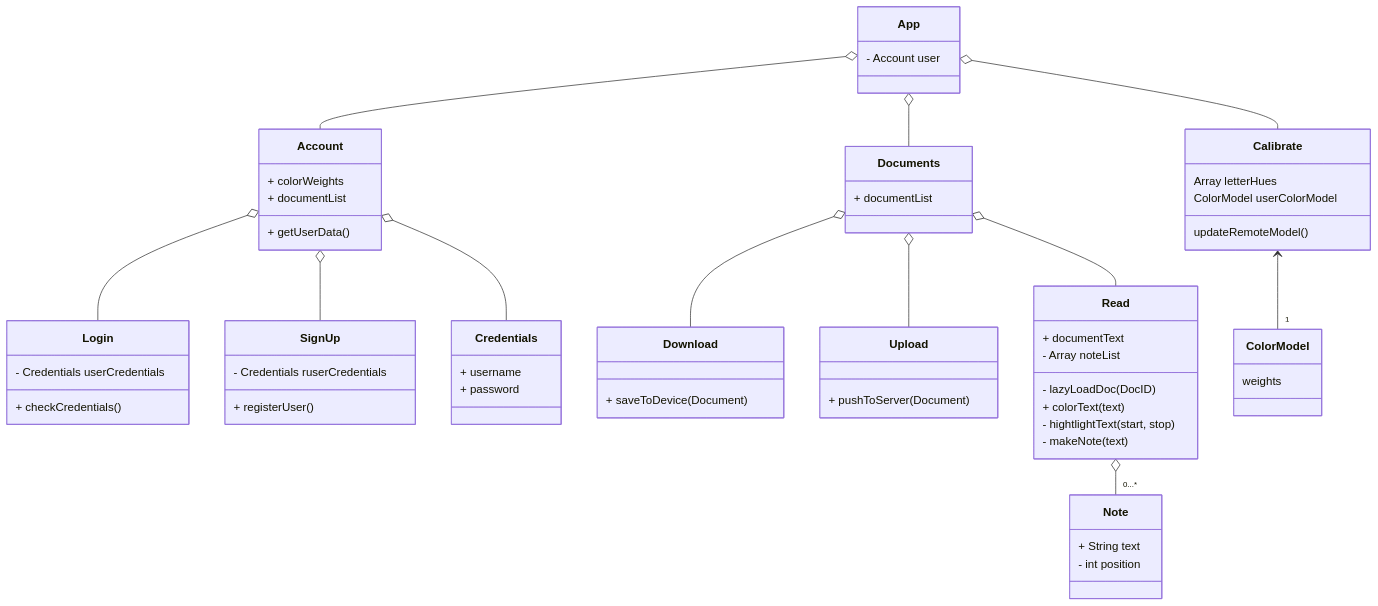
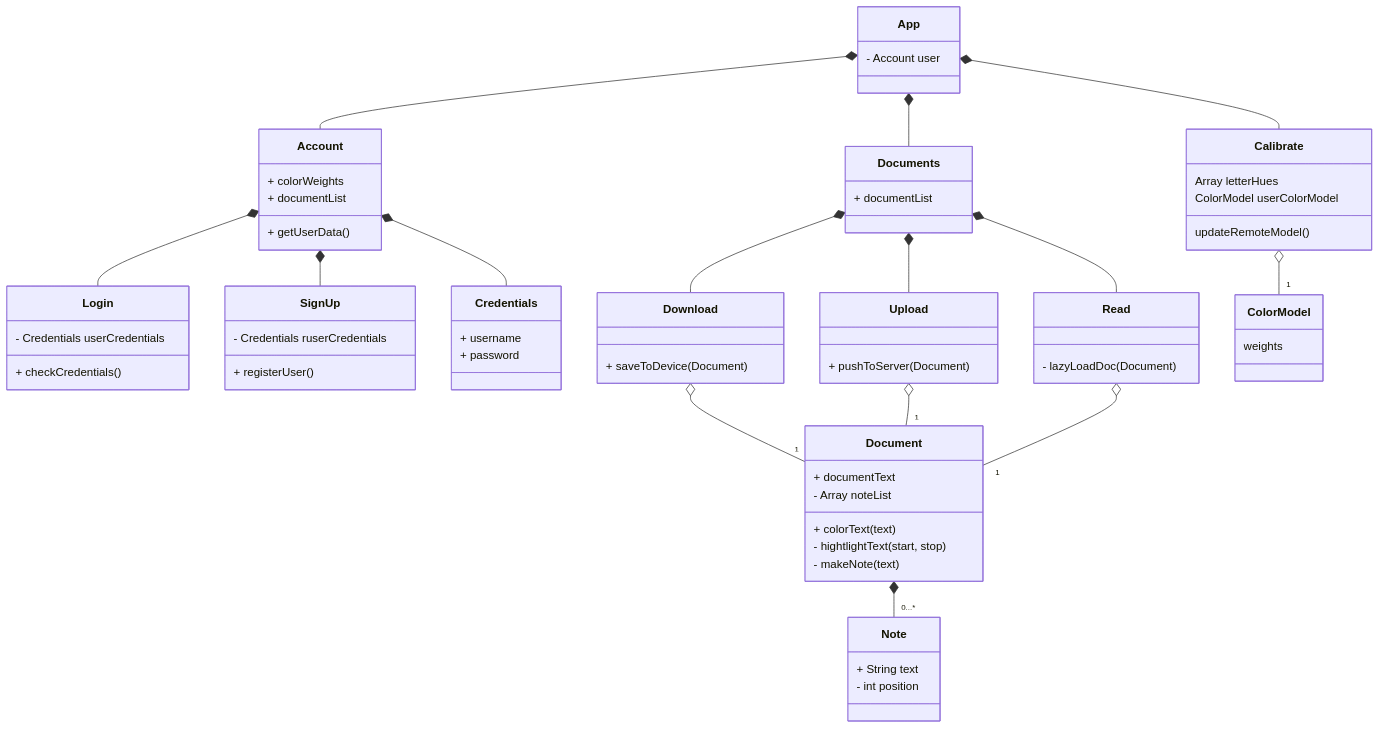
One commit to Capstone-Projects-2024-Spring/project-synesthesia-reading-app changed the diagram in documentation/docs/system-architecture/design.md. Above: the diagram before and after it, drawn with Mermaid. The commit also changed other lines of this file, not shown here.

Commit message:
design.md UI class diagram revision
Restructured relationships between components

````diff
--- a/documentation/docs/system-architecture/design.md
+++ b/documentation/docs/system-architecture/design.md
@@ -11,44 +11,52 @@
 ```mermaid
 classDiagram
-  App o-- Account
+  App *-- Account
   App : - Account user
    
   Account : + colorWeights
   Account : + documentList
   Account : + getUserData()
-  Account o-- Login
+  Account *-- Login
   Login : - Credentials userCredentials
   Login : + checkCredentials()
-  Account o-- SignUp
+  Account *-- SignUp
   SignUp : - Credentials ruserCredentials
   SignUp : + registerUser()
-  Account o-- Credentials
+  Account *-- Credentials
   Credentials : + username
   Credentials : + password
 
-  App o-- Documents
+  App *-- Documents
   Documents : + documentList
-  Documents o-- Download
+  Documents *-- Download
   Download: + saveToDevice(Document)
-  Documents o-- Upload
+  Download o-- "1" Document
+
+  Documents *-- Upload
   Upload: + pushToServer(Document)
-  Documents o-- Read
-  Read: + documentText
-  Read: - Array<Note> noteList
-  Read o-- "0...*" Note
+  Upload o-- "1" Document
+
+  Documents *-- Read
+  Read: - lazyLoadDoc(Document)
+  Read o-- "1" Document
+
+  Document: + documentText
+  Document: - Array<Note> noteList
+
+  Document *-- "0...*" Note
   Note: + String text
   Note: - int position
-  Read: - lazyLoadDoc(DocID)
-  Read: + colorText(text)
-  Read: - hightlightText(start, stop)
-  Read: - makeNote(text)
-  App o-- Calibrate
+  
+  Document: + colorText(text)
+  Document: - hightlightText(start, stop)
+  Document: - makeNote(text)
+  App *-- Calibrate
   Calibrate: Array<Integer> letterHues
   Calibrate: ColorModel userColorModel
   Calibrate: updateRemoteModel()
-  Calibrate <-- "1" ColorModel
+  Calibrate o-- "1" ColorModel
   ColorModel: weights
   
   
   
 ```
````
